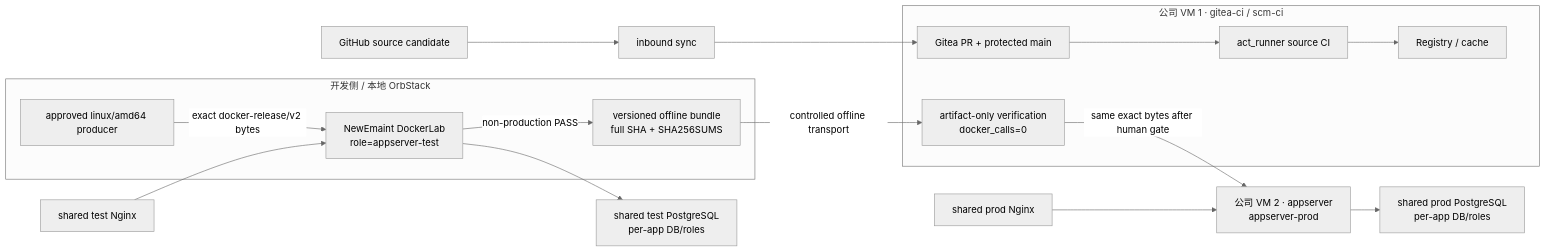
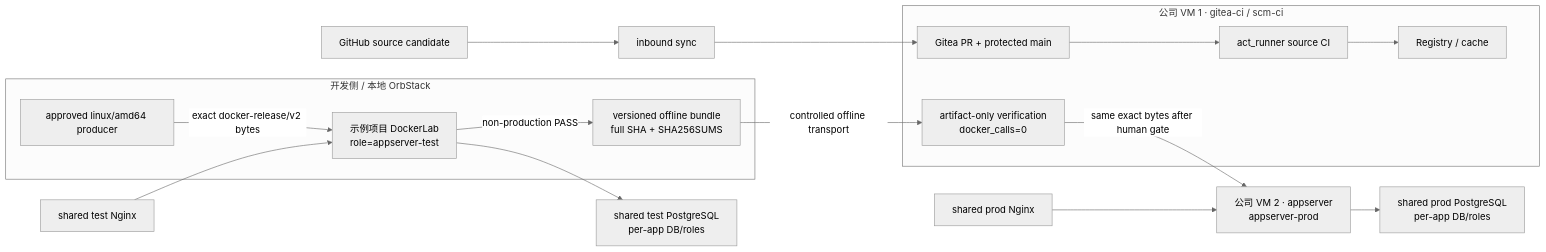
One commit to BenQue/AIGitea changed the first of 3 diagrams in 12-Linux-GitHub-Gitea-双服务器自动部署方案.md. Above: the diagram before and after it, drawn with Mermaid (neutral theme). The commit also changed other lines of this file and 14 other files, not shown here.

````diff
--- a/12-Linux-GitHub-Gitea-双服务器自动部署方案.md
+++ b/12-Linux-GitHub-Gitea-双服务器自动部署方案.md
@@ -28,25 +28,25 @@
 ```mermaid
 flowchart LR
     GH["GitHub source candidate"] --> SYNC["inbound sync"]
     subgraph LOCAL["开发侧 / 本地 OrbStack"]
         PRODUCER["approved linux/amd64 producer"]
-        TEST["NewEmaint DockerLab\nrole=appserver-test"]
+        TEST["示例项目 DockerLab\nrole=appserver-test"]
         BUNDLE["versioned offline bundle\nfull SHA + SHA256SUMS"]
         PRODUCER -->|"exact docker-release/v2 bytes"| TEST
         TEST -->|"non-production PASS"| BUNDLE
     end
     subgraph SCM["公司 VM 1 · gitea-ci / scm-ci"]
         G["Gitea PR + protected main"]
         CI["act_runner source CI"]
         REG["Registry / cache"]
         VERIFY["artifact-only verification\ndocker_calls=0"]
         G --> CI --> REG
     end
     SYNC --> G
     BUNDLE -->|"controlled offline transport"| VERIFY
     VERIFY -->|"same exact bytes after human gate"| PROD["公司 VM 2 · appserver\nappserver-prod"]
     TEST --> TDB["shared test PostgreSQL\nper-app DB/roles"]
     PROD --> PDB["shared prod PostgreSQL\nper-app DB/roles"]
     TN["shared test Nginx"] --> TEST
     PN["shared prod Nginx"] --> PROD
 ```
````
